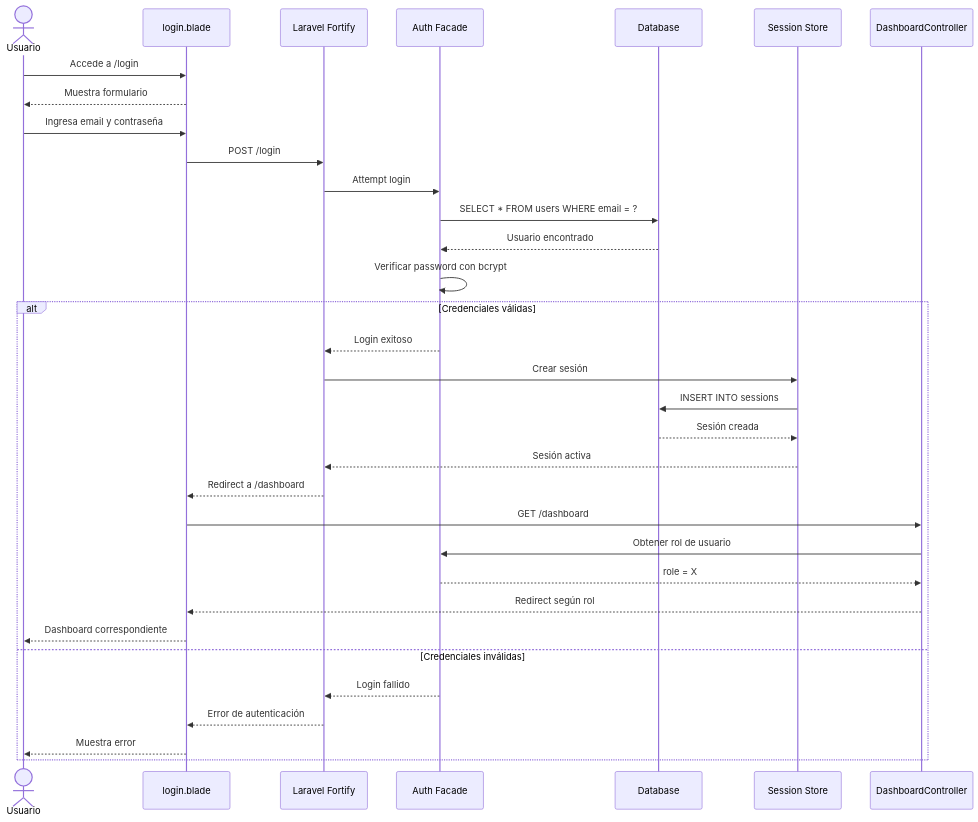
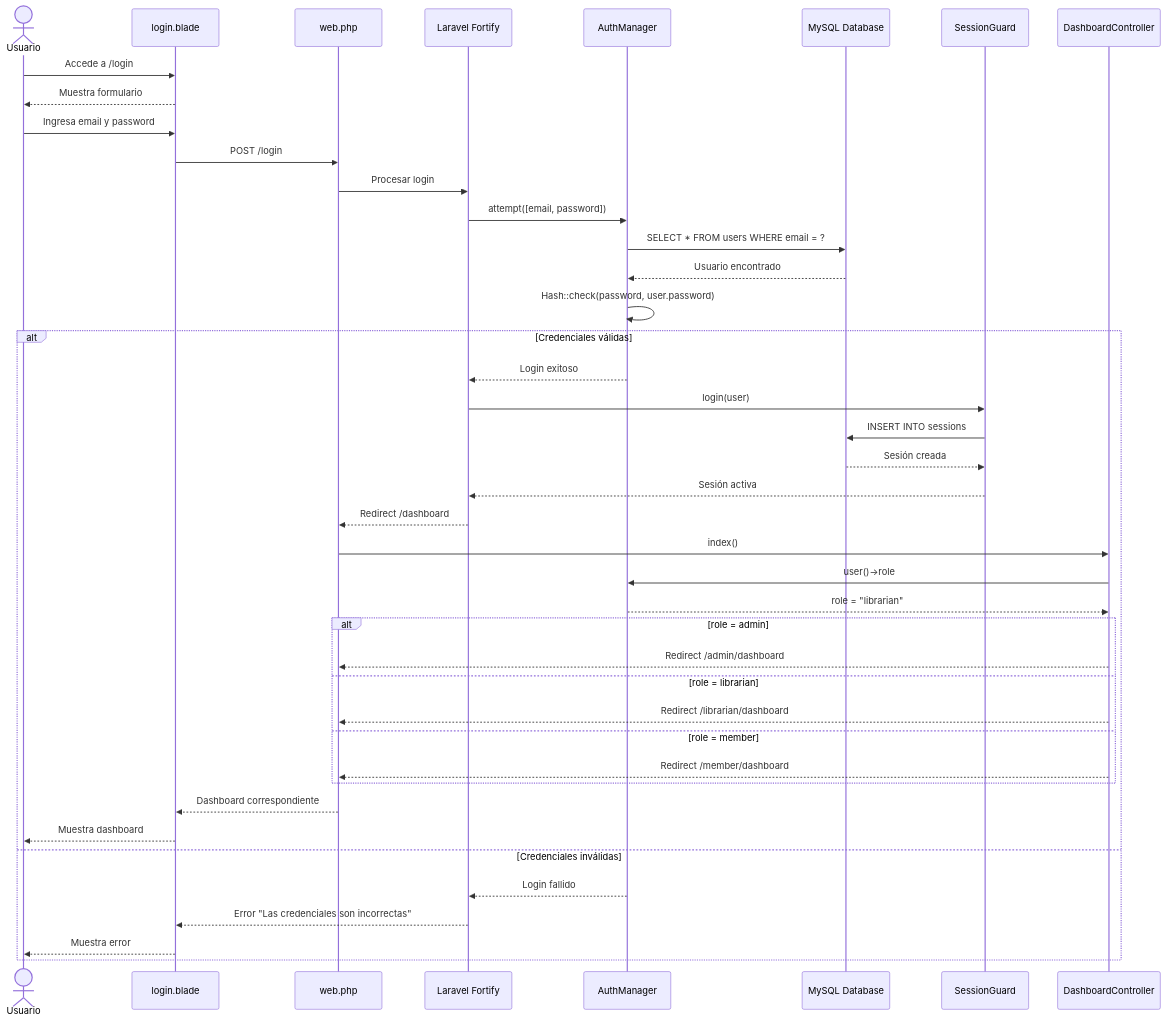
Before and after one commit to CristoferGuillen/BiblioTech: diagram 11 of 15 in DIAGRAMAS.md, drawn with Mermaid. The commit also changed other lines of this file, not shown here.

Commit message:
fix: corrige diagramas con información real y todo en español

````diff
--- a/DIAGRAMAS.md
+++ b/DIAGRAMAS.md
@@ -526,38 +573,50 @@
 ```mermaid
 sequenceDiagram
     actor Usuario
     participant Vista as login.blade
+    participant Routes as web.php
     participant Fortify as Laravel Fortify
-    participant Auth as Auth Facade
-    participant DB as Database
-    participant Session as Session Store
+    participant Auth as AuthManager
+    participant DB as MySQL Database
+    participant Session as SessionGuard
 
     Usuario->>Vista: Accede a /login
     Vista-->>Usuario: Muestra formulario
-
-    Usuario->>Vista: Ingresa email y contraseña
-    Vista->>Fortify: POST /login
-    Fortify->>Auth: Attempt login
+    
+    Usuario->>Vista: Ingresa email y password
+    Vista->>Routes: POST /login
+    Routes->>Fortify: Procesar login
+    Fortify->>Auth: attempt([email, password])
+    
     Auth->>DB: SELECT * FROM users WHERE email = ?
     DB-->>Auth: Usuario encontrado
-    
-    Auth->>Auth: Verificar password con bcrypt
+    Auth->>Auth: Hash::check(password, user.password)
     
     alt Credenciales válidas
         Auth-->>Fortify: Login exitoso
-        Fortify->>Session: Crear sesión
+        Fortify->>Session: login(user)
         Session->>DB: INSERT INTO sessions
         DB-->>Session: Sesión creada
         Session-->>Fortify: Sesión activa
-        Fortify-->>Vista: Redirect a /dashboard
-        Vista->>DashboardController: GET /dashboard
-        DashboardController->>Auth: Obtener rol de usuario
-        Auth-->>DashboardController: role = X
-        DashboardController-->>Vista: Redirect según rol
-        Vista-->>Usuario: Dashboard correspondiente
+        
+        Fortify-->>Routes: Redirect /dashboard
+        Routes->>DashboardController: index()
+        DashboardController->>Auth: user()->role
+        Auth-->>DashboardController: role = "librarian"
+        
+        alt role = admin
+            DashboardController-->>Routes: Redirect /admin/dashboard
+        else role = librarian
+            DashboardController-->>Routes: Redirect /librarian/dashboard
+        else role = member
+            DashboardController-->>Routes: Redirect /member/dashboard
+        end
+        
+        Routes-->>Vista: Dashboard correspondiente
+        Vista-->>Usuario: Muestra dashboard
     else Credenciales inválidas
         Auth-->>Fortify: Login fallido
-        Fortify-->>Vista: Error de autenticación
+        Fortify-->>Vista: Error "Las credenciales son incorrectas"
         Vista-->>Usuario: Muestra error
     end
 ```
````
